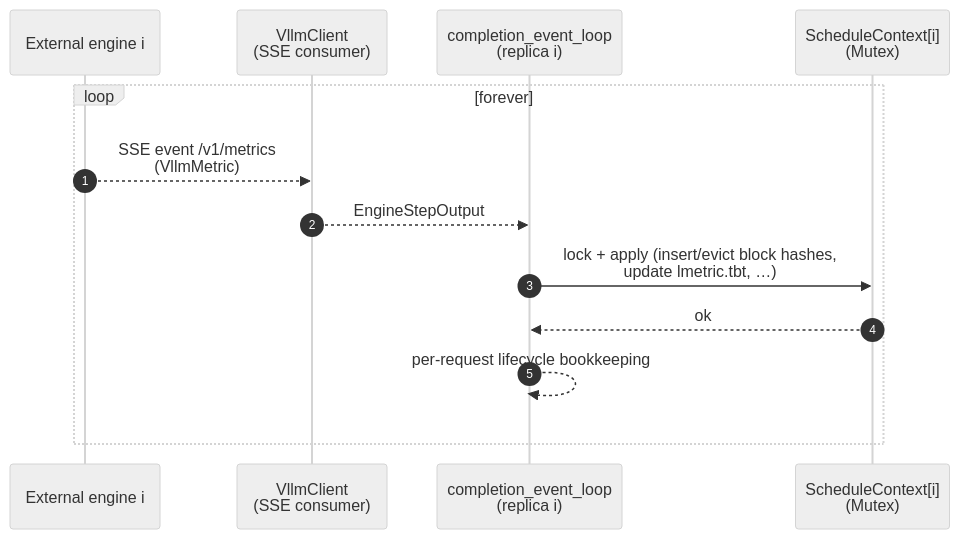
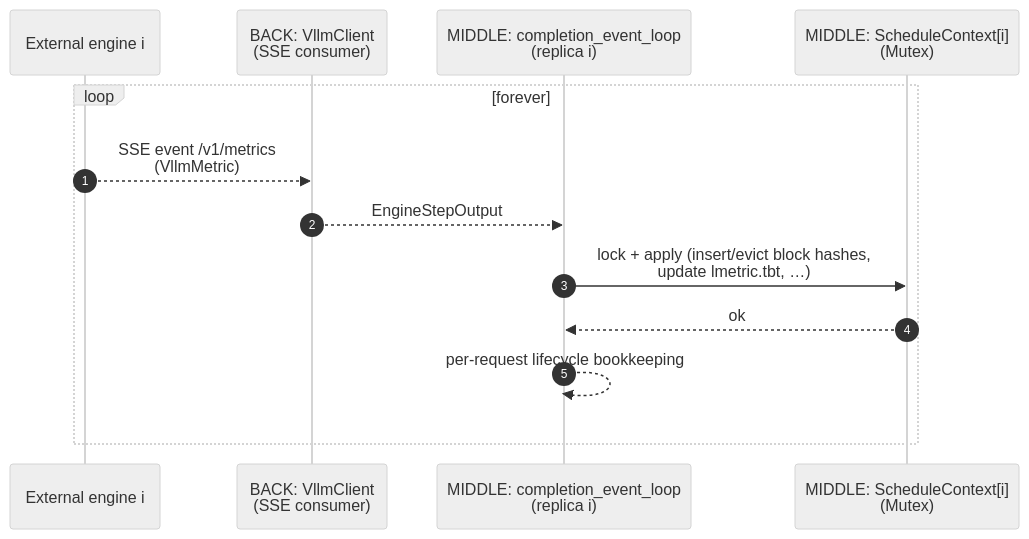
One commit to blitz-serving/blitz-router changed the seventh of 9 diagrams in docs/architecture.md. Above: the diagram before and after it, drawn with Mermaid (neutral theme). The commit also changed other lines of this file and 2 other files, not shown here.

````diff
--- a/docs/architecture.md
+++ b/docs/architecture.md
@@ -181,16 +331,16 @@
 ```mermaid
 sequenceDiagram
     autonumber
     participant En as External engine i
-    participant Vc as VllmClient<br/>(SSE consumer)
-    participant Cl as completion_event_loop<br/>(replica i)
-    participant Sx as ScheduleContext[i]<br/>(Mutex)
+    participant Vc as BACK: VllmClient<br/>(SSE consumer)
+    participant Cl as MIDDLE: completion_event_loop<br/>(replica i)
+    participant Sx as MIDDLE: ScheduleContext[i]<br/>(Mutex)
 
     loop forever
         En-->>Vc: SSE event /v1/metrics<br/>(VllmMetric)
         Vc-->>Cl: EngineStepOutput
         Cl->>Sx: lock + apply (insert/evict block hashes,<br/>update lmetric.tbt, …)
         Sx-->>Cl: ok
         Cl-->>Cl: per-request lifecycle bookkeeping
     end
 ```
````
